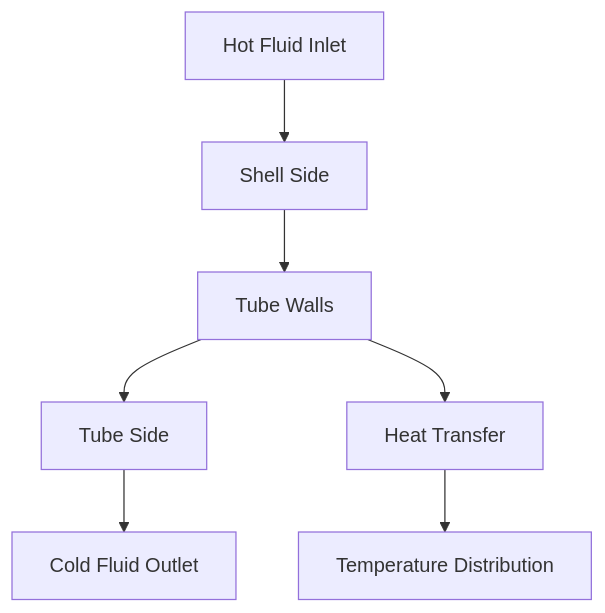
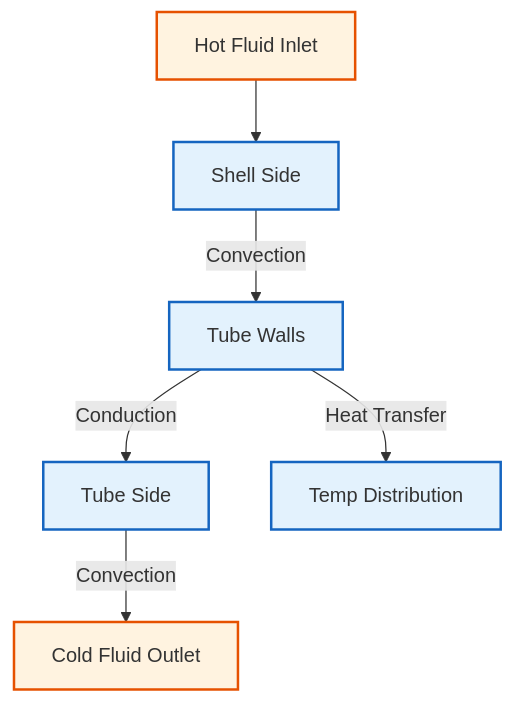
The second of 2 diagrams in MODULE_03_SINGLE_PHASE_FLOW/CONTENT/04_HEAT_TRANSFER/04_Conjugate_Heat_Transfer.md (wramet/build-my-cfd), drawn with Mermaid before and after one commit. The commit also changed other lines of this file and 313 other files, not shown here.

Commit message:
Revise all diagram

````diff
--- a/MODULE_03_SINGLE_PHASE_FLOW/CONTENT/04_HEAT_TRANSFER/04_Conjugate_Heat_Transfer.md
+++ b/MODULE_03_SINGLE_PHASE_FLOW/CONTENT/04_HEAT_TRANSFER/04_Conjugate_Heat_Transfer.md
@@ -428,9 +434,12 @@
 ```mermaid
 flowchart TD
-    A[Hot Fluid Inlet] --> B[Shell Side]
-    B --> C[Tube Walls]
-    C --> D[Tube Side]
-    D --> E[Cold Fluid Outlet]
-    C --> F[Heat Transfer]
-    F --> G[Temperature Distribution]
+%% Classes
+classDef explicit fill:#fff3e0,stroke:#e65100,stroke-width:2px;
+classDef implicit fill:#e3f2fd,stroke:#1565c0,stroke-width:2px;
+%% Nodes
+A[Hot Fluid Inlet]:::explicit --> B[Shell Side]:::implicit
+B -->|Convection| C[Tube Walls]:::implicit
+C -->|Conduction| D[Tube Side]:::implicit
+D -->|Convection| E[Cold Fluid Outlet]:::explicit
+C -->|Heat Transfer| F[Temp Distribution]:::implicit
 ```
````
